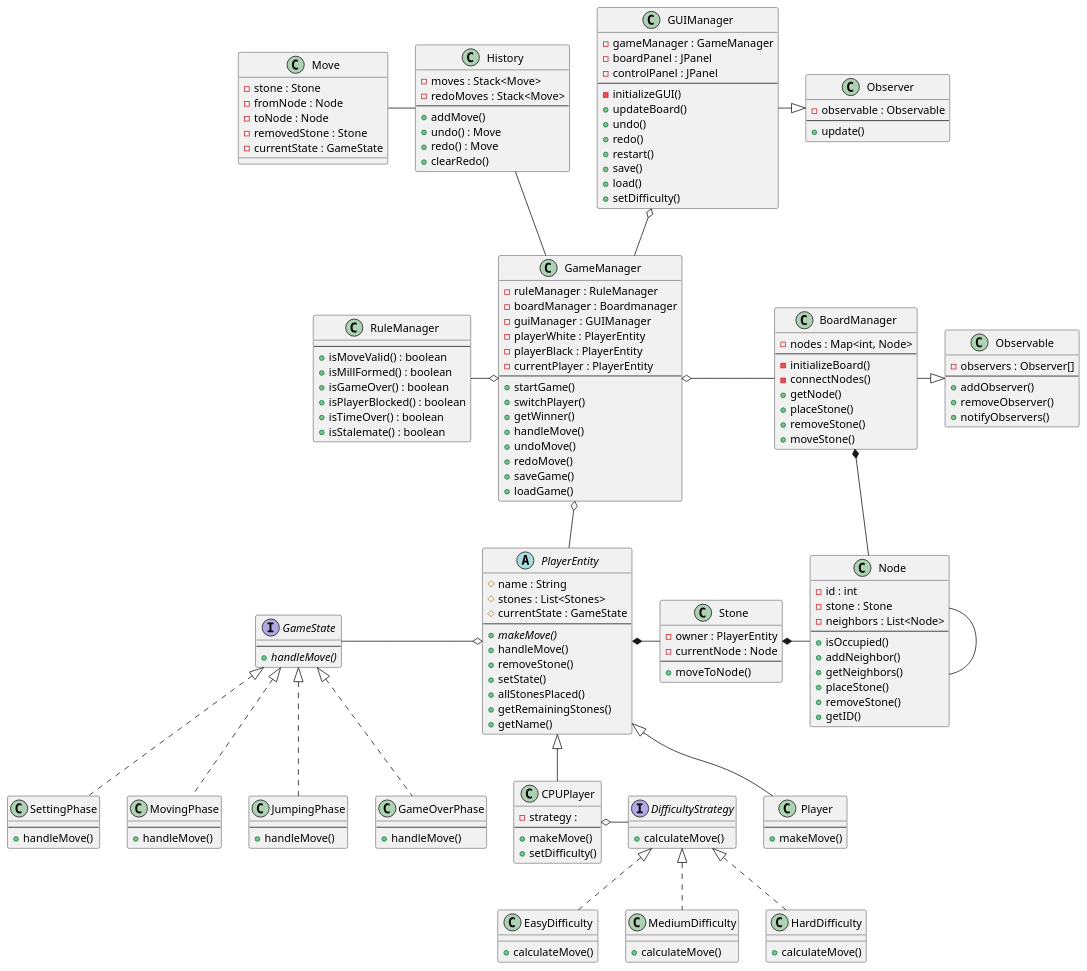
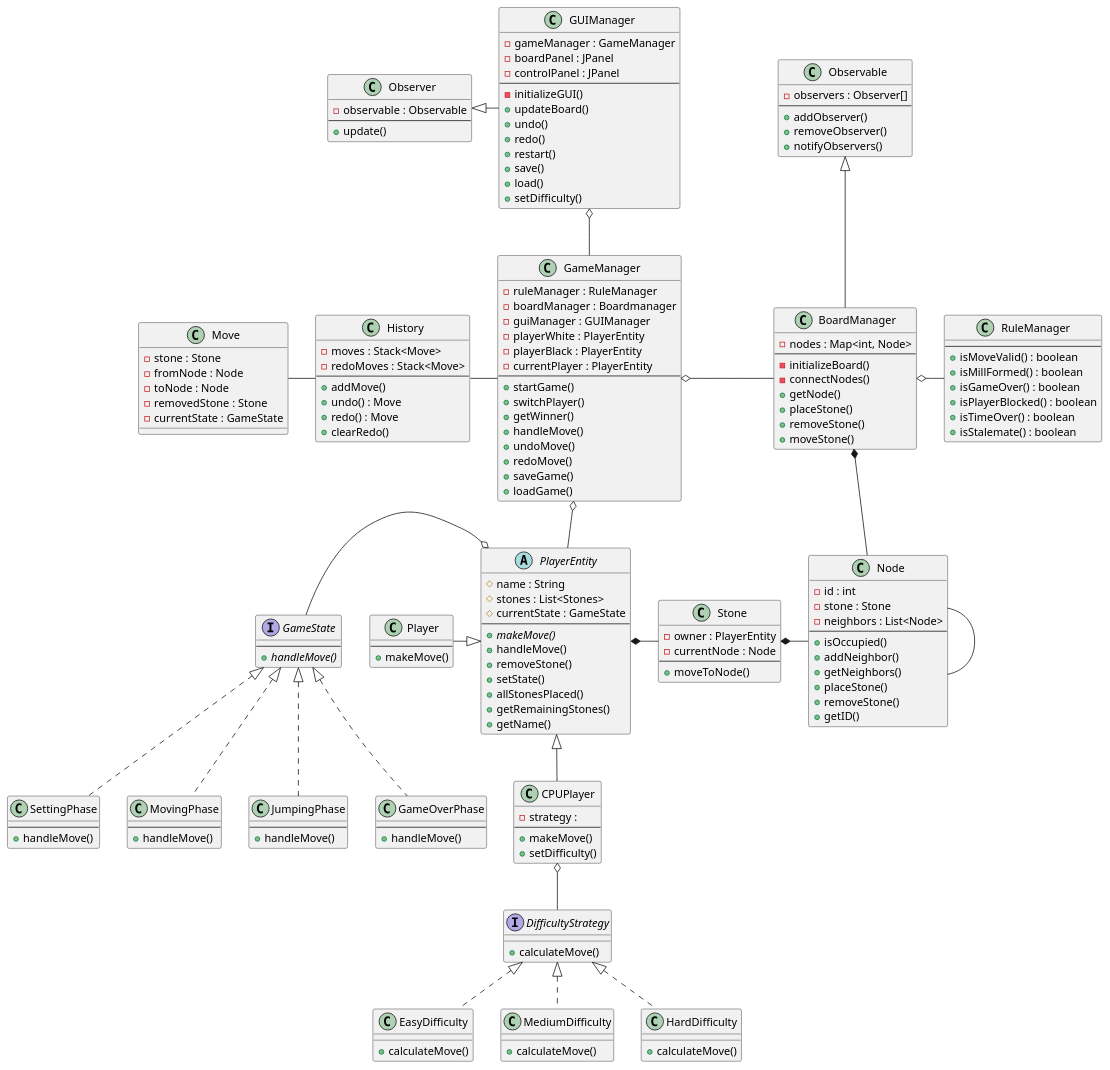
One commit to RyanMikus/muehlespiel_java_fs25 changed the diagram in Diagrams/ClassdiagramV2.puml. Above: the diagram before and after it, drawn with PlantUML.

Commit message:
Rearranged RuleManager in ClassdiagramV2.puml

```diff
--- a/Diagrams/ClassdiagramV2.puml
+++ b/Diagrams/ClassdiagramV2.puml
@@ -173,10 +173,10 @@
 + calculateMove()
 }
 
-RuleManager -o GameManager
+BoardManager o- RuleManager
 GUIManager o-- GameManager
 GameManager o- BoardManager
-History -- GameManager
+History - GameManager
 GameManager o-- PlayerEntity
 
 GameState <|.. SettingPhase
@@ -185,9 +185,9 @@
 GameState <|.. GameOverPhase
 GameState -o PlayerEntity
 
-PlayerEntity <|-- Player
+Player -|> PlayerEntity
 PlayerEntity <|-- CPUPlayer
-CPUPlayer o- DifficultyStrategy
+CPUPlayer o-- DifficultyStrategy
 PlayerEntity *- Stone
 
 DifficultyStrategy <|.. EasyDifficulty
@@ -195,12 +195,12 @@
 DifficultyStrategy <|.. HardDifficulty
 
 BoardManager *-- Node
-BoardManager -|> Observable
+Observable <|-- BoardManager
 Stone *- Node
 Node - Node
 
 Move - History
 
-GUIManager -|> Observer
+Observer <|- GUIManager
 
 @enduml
```
